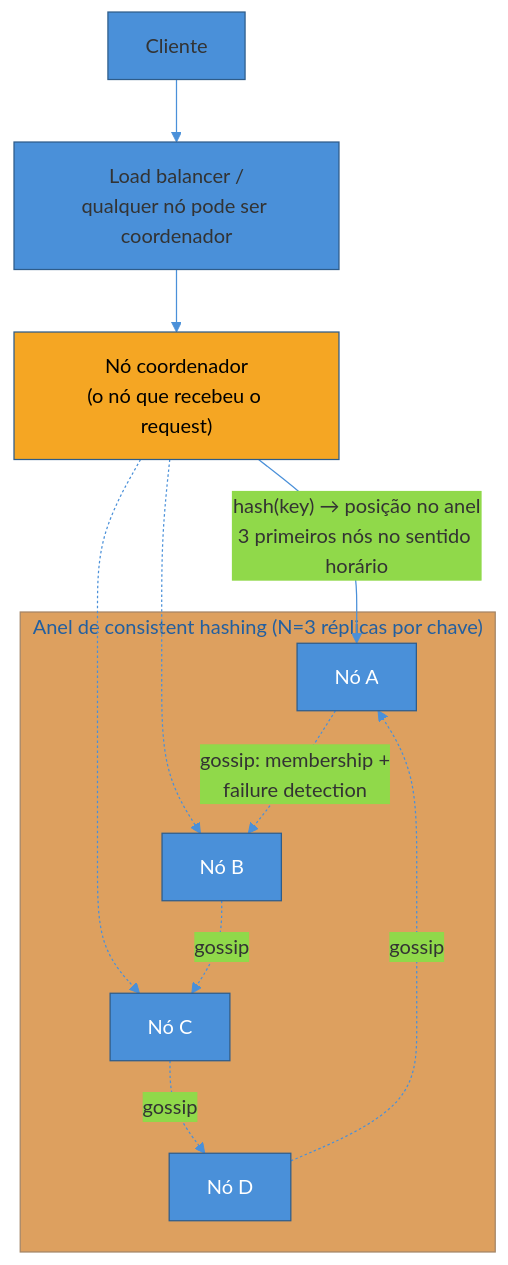
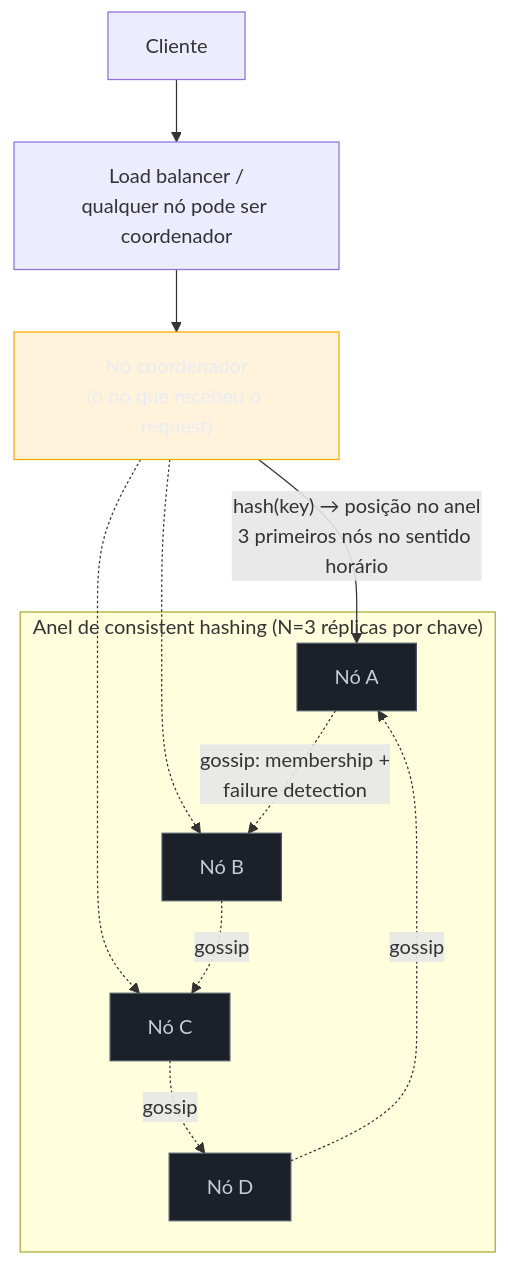
Before and after one commit to josenaldo/codex-technomanticus: the first of 7 diagrams in 03-Dominios/Engenharia/Arquitetura/System Design/4 - Walkthroughs/08 - Distributed Key-Value Store.md, drawn with Mermaid. The commit also changed other lines of this file and 1181 other files, not shown here.

First line of the commit message:
fix(diagramas): paleta do sistema no lugar de cor cravada no markdown

````diff
--- a/03-Dominios/Engenharia/Arquitetura/System Design/4 - Walkthroughs/08 - Distributed Key-Value Store.md
+++ b/03-Dominios/Engenharia/Arquitetura/System Design/4 - Walkthroughs/08 - Distributed Key-Value Store.md
@@ -89,28 +89,29 @@
 ```mermaid
-%%{init: {"theme": "base", "themeVariables": {"primaryColor": "#4A90D9", "primaryBorderColor": "#2E5C8A", "lineColor": "#4A90D9"}}}%%
 graph TD
+    classDef neutro fill:#1B2029,stroke:#4E5666,color:#C6CCD8
+    classDef destaque fill:#FFAA0024,stroke:#FFAA00,color:#E9ECF2
     Client["Cliente"] --> LB["Load balancer /<br/>qualquer nó pode ser coordenador"]
     LB --> Coord["Nó coordenador<br/>(o nó que recebeu o request)"]
 
     subgraph Ring["Anel de consistent hashing (N=3 réplicas por chave)"]
         NA["Nó A"]
         NB["Nó B"]
         NC["Nó C"]
         ND["Nó D"]
     end
 
     Coord -->|"hash(key) → posição no anel<br/>3 primeiros nós no sentido horário"| NA
     Coord -.-> NB
     Coord -.-> NC
 
     NA -.->|"gossip: membership +<br/>failure detection"| NB
     NB -.->|"gossip"| NC
     NC -.->|"gossip"| ND
     ND -.->|"gossip"| NA
 
-    style NA fill:#4A90D9,color:#fff
-    style NB fill:#4A90D9,color:#fff
-    style NC fill:#4A90D9,color:#fff
-    style ND fill:#4A90D9,color:#fff
-    style Coord fill:#F5A623,color:#000
+    class NA neutro
+    class NB neutro
+    class NC neutro
+    class ND neutro
+    class Coord destaque
 ```
````
